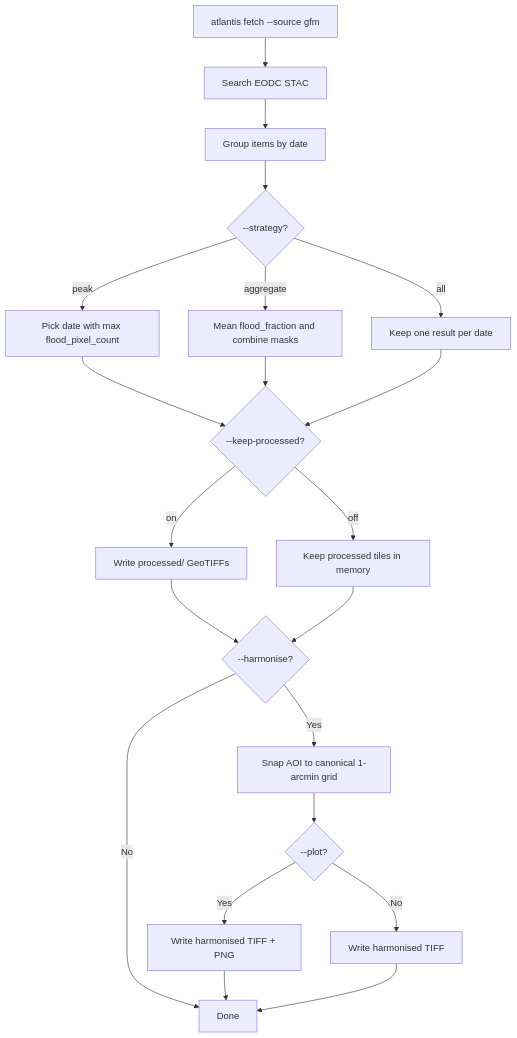
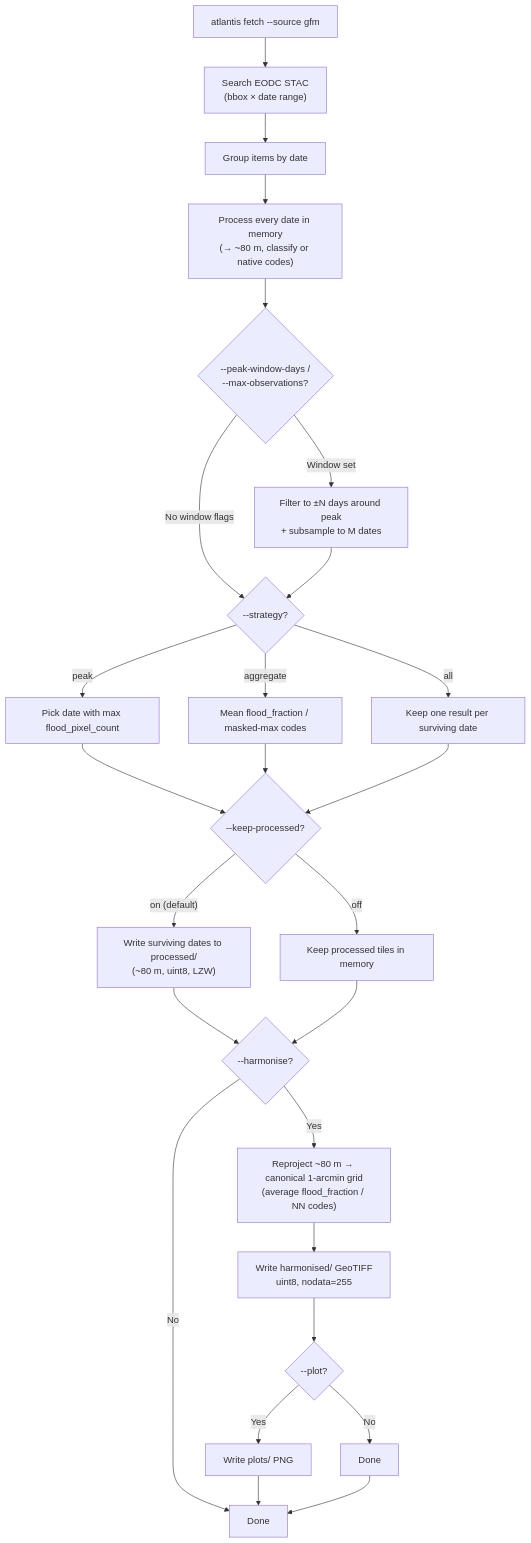
One commit to opageo/atlantis changed the diagram in docs/gfm/pipeline.md. Above: the diagram before and after it, drawn with Mermaid. The commit also changed other lines of this file and 7 other files, not shown here.

Commit message:
feat(docs): update GFM documentation to clarify processing steps and outputs for classified and native modes

````diff
--- a/docs/gfm/pipeline.md
+++ b/docs/gfm/pipeline.md
@@ -9,27 +9,32 @@
 ```mermaid
 flowchart TD
-  START["atlantis fetch --source gfm"] --> SEARCH["Search EODC STAC"]
+  START["atlantis fetch --source gfm"] --> SEARCH["Search EODC STAC<br/>(bbox × date range)"]
   SEARCH --> GROUP["Group items by date"]
-  GROUP --> STRATEGY{"--strategy?"}
+  GROUP --> PROCESS["Process every date in memory<br/>(→ ~80 m, classify or native codes)"]
+  PROCESS --> WINDOW{"--peak-window-days /<br/>--max-observations?"}
+  WINDOW -->|No window flags| STRATEGY{"--strategy?"}
+  WINDOW -->|Window set| FILTER["Filter to ±N days around peak<br/>+ subsample to M dates"]
+  FILTER --> STRATEGY
 
   STRATEGY -->|peak| PEAK["Pick date with max flood_pixel_count"]
-  STRATEGY -->|aggregate| AGG["Mean flood_fraction and combine masks"]
-  STRATEGY -->|all| ALL["Keep one result per date"]
+  STRATEGY -->|aggregate| AGG["Mean flood_fraction / masked-max codes"]
+  STRATEGY -->|all| ALL["Keep one result per surviving date"]
 
   PEAK --> KEEP{"--keep-processed?"}
   AGG --> KEEP
   ALL --> KEEP
 
-  KEEP -->|on| WRITE["Write processed/ GeoTIFFs"]
+  KEEP -->|"on (default)"| WRITE["Write surviving dates to processed/<br/>(~80 m, uint8, LZW)"]
   KEEP -->|off| MEMORY["Keep processed tiles in memory"]
 
   WRITE --> HARM{"--harmonise?"}
   MEMORY --> HARM
   HARM -->|No| DONE["Done"]
-  HARM -->|Yes| HARMONISE["Snap AOI to canonical 1-arcmin grid"]
-  HARMONISE --> PLOT{"--plot?"}
-  PLOT -->|Yes| PNG["Write harmonised TIFF + PNG"]
-  PLOT -->|No| TIFF["Write harmonised TIFF"]
+  HARM -->|Yes| HARMONISE["Reproject ~80 m → canonical 1-arcmin grid<br/>(average flood_fraction / NN codes)"]
+  HARMONISE --> HARM_WRITE["Write harmonised/ GeoTIFF<br/>uint8, nodata=255"]
+  HARM_WRITE --> PLOT{"--plot?"}
+  PLOT -->|Yes| PNG["Write plots/ PNG"]
+  PLOT -->|No| TIFF["Done"]
   PNG --> DONE
   TIFF --> DONE
 ```
````
